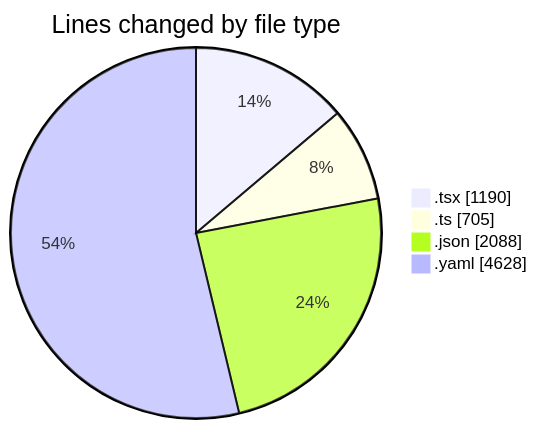
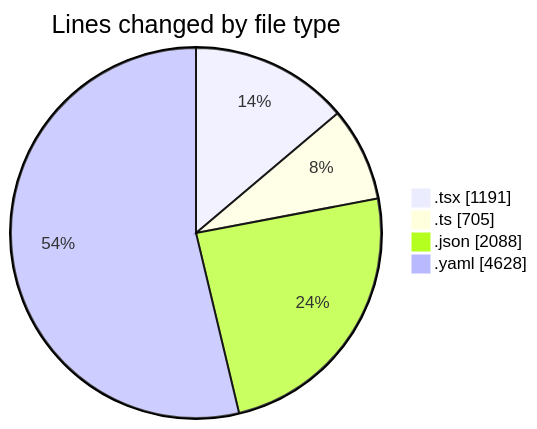
Before and after one commit to julien-gomy/code-tracking: the first of 2 diagrams in 2025-10-31/eventscop-frontend-guide__workspace_/README.md, drawn with Mermaid. The commit also changed other lines of this file and 1 other file, not shown here.

````diff
--- a/2025-10-31/eventscop-frontend-guide__workspace_/README.md
+++ b/2025-10-31/eventscop-frontend-guide__workspace_/README.md
@@ -33,8 +33,8 @@
 ```mermaid
 pie showData
 title Lines changed by file type
-".tsx" : 1190
+".tsx" : 1191
 ".ts" : 705
 ".json" : 2088
 ".yaml" : 4628
 ```
````
